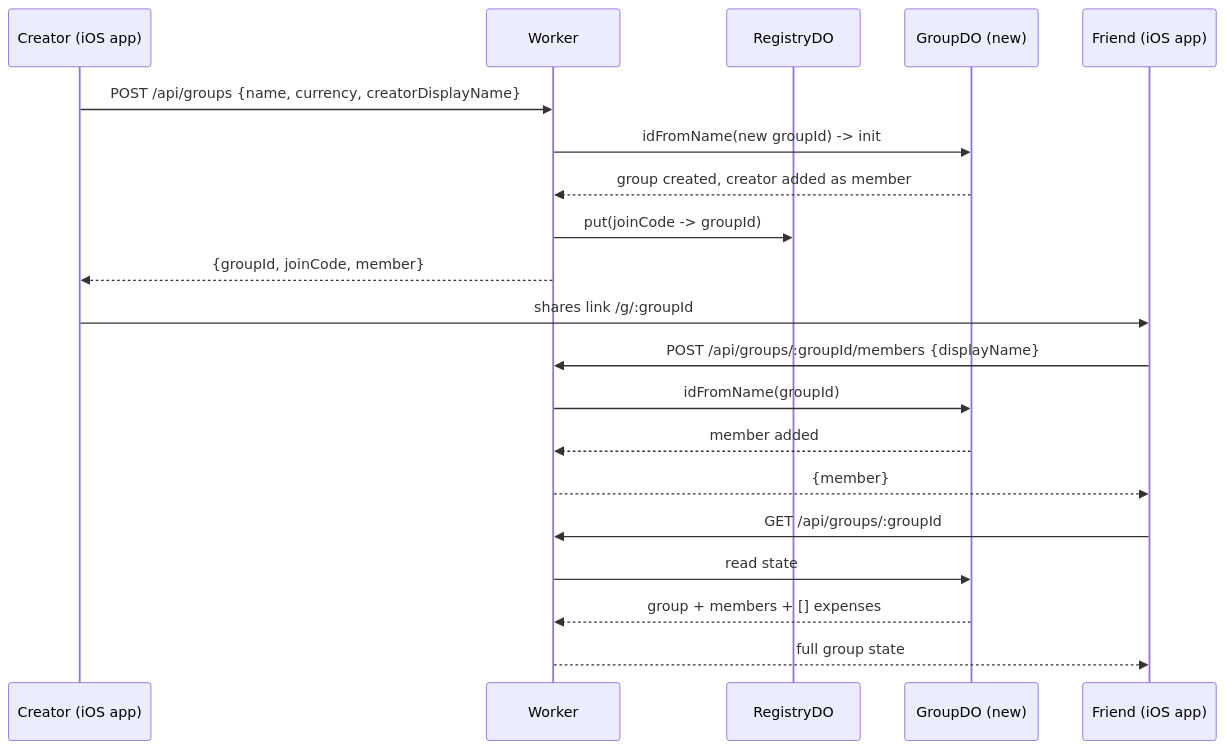
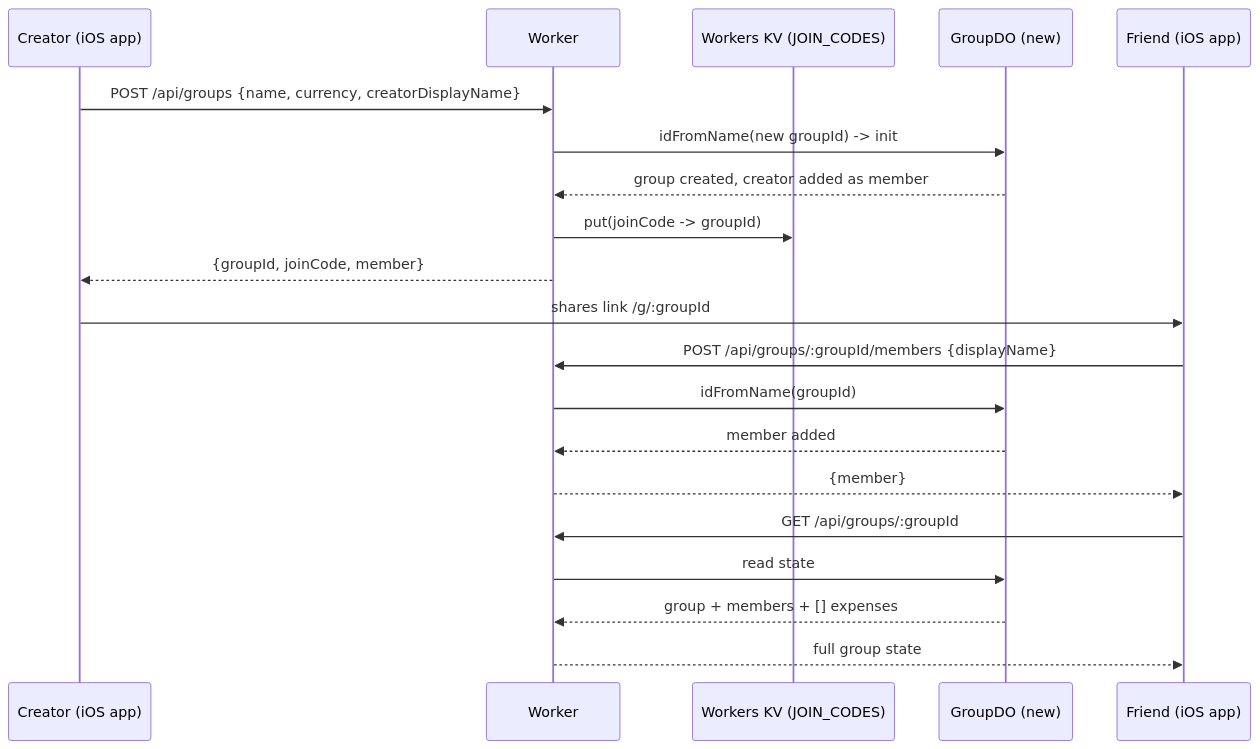
Before and after one commit to nakka-labs/clantab-ios: the first of 3 diagrams in DESIGN.md, drawn with Mermaid. The commit also changed other lines of this file and 16 other files, not shown here.

````diff
--- a/DESIGN.md
+++ b/DESIGN.md
@@ -208,24 +218,24 @@
 ```mermaid
 sequenceDiagram
     participant A as Creator (iOS app)
     participant W as Worker
-    participant R as RegistryDO
+    participant K as Workers KV (JOIN_CODES)
     participant G as GroupDO (new)
     participant B as Friend (iOS app)
 
     A->>W: POST /api/groups {name, currency, creatorDisplayName}
     W->>G: idFromName(new groupId) -> init
     G-->>W: group created, creator added as member
-    W->>R: put(joinCode -> groupId)
+    W->>K: put(joinCode -> groupId)
     W-->>A: {groupId, joinCode, member}
     A->>B: shares link /g/:groupId
 
     B->>W: POST /api/groups/:groupId/members {displayName}
     W->>G: idFromName(groupId)
     G-->>W: member added
     W-->>B: {member}
     B->>W: GET /api/groups/:groupId
     W->>G: read state
     G-->>W: group + members + [] expenses
     W-->>B: full group state
 ```
````
